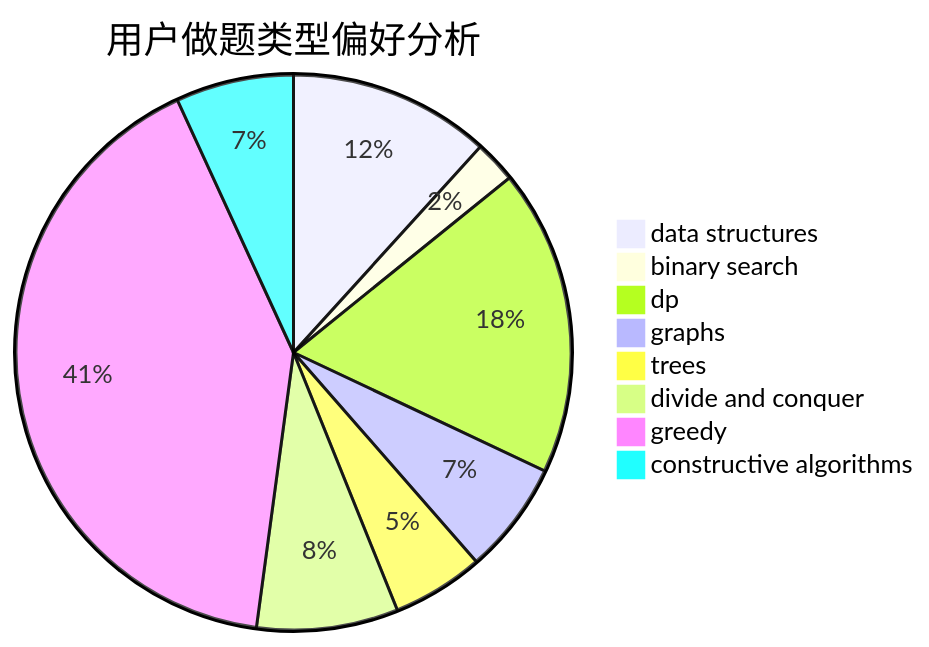
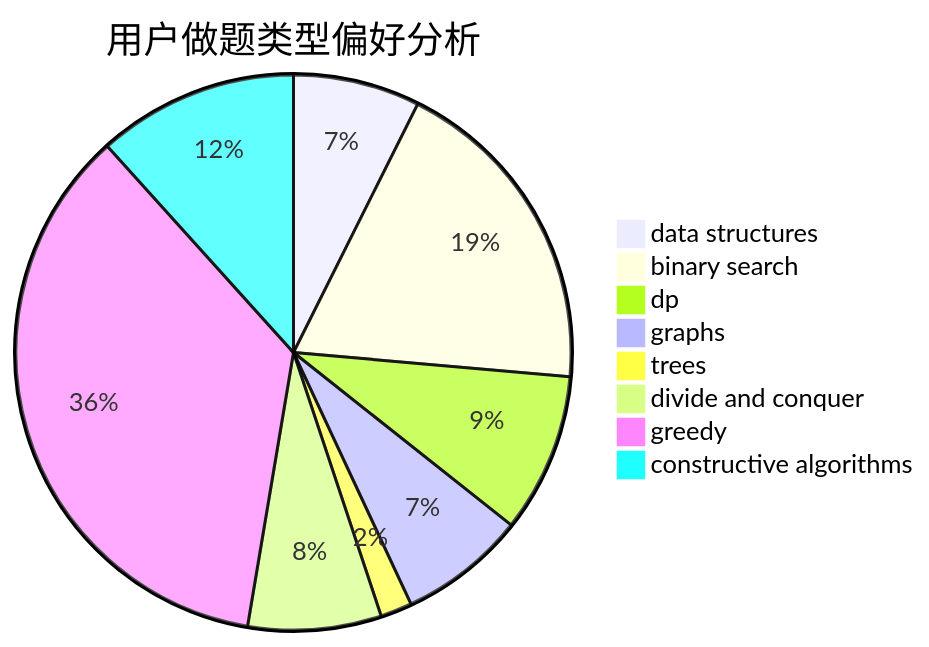
The second of 3 diagrams in docs/user/u587.md (sherpahu/cfrs.github.io), drawn with Mermaid before and after one commit. The commit also changed other lines of this file and 2770 other files, not shown here.

````diff
--- a/docs/user/u587.md
+++ b/docs/user/u587.md
@@ -23,11 +23,11 @@
 ```mermaid
 pie title 用户做题类型偏好分析
-    "data structures" :  77
-    "binary search" :  16
-    "dp" :  117
-    "graphs" :  43
-    "trees" :  35
-    "divide and conquer" :  54
-    "greedy" :  269
-    "constructive algorithms" :  45
+    "data structures" :  156
+    "binary search" :  402
+    "dp" :  196
+    "graphs" :  156
+    "trees" :  39
+    "divide and conquer" :  164
+    "greedy" :  754
+    "constructive algorithms" :  247
 ```
````
